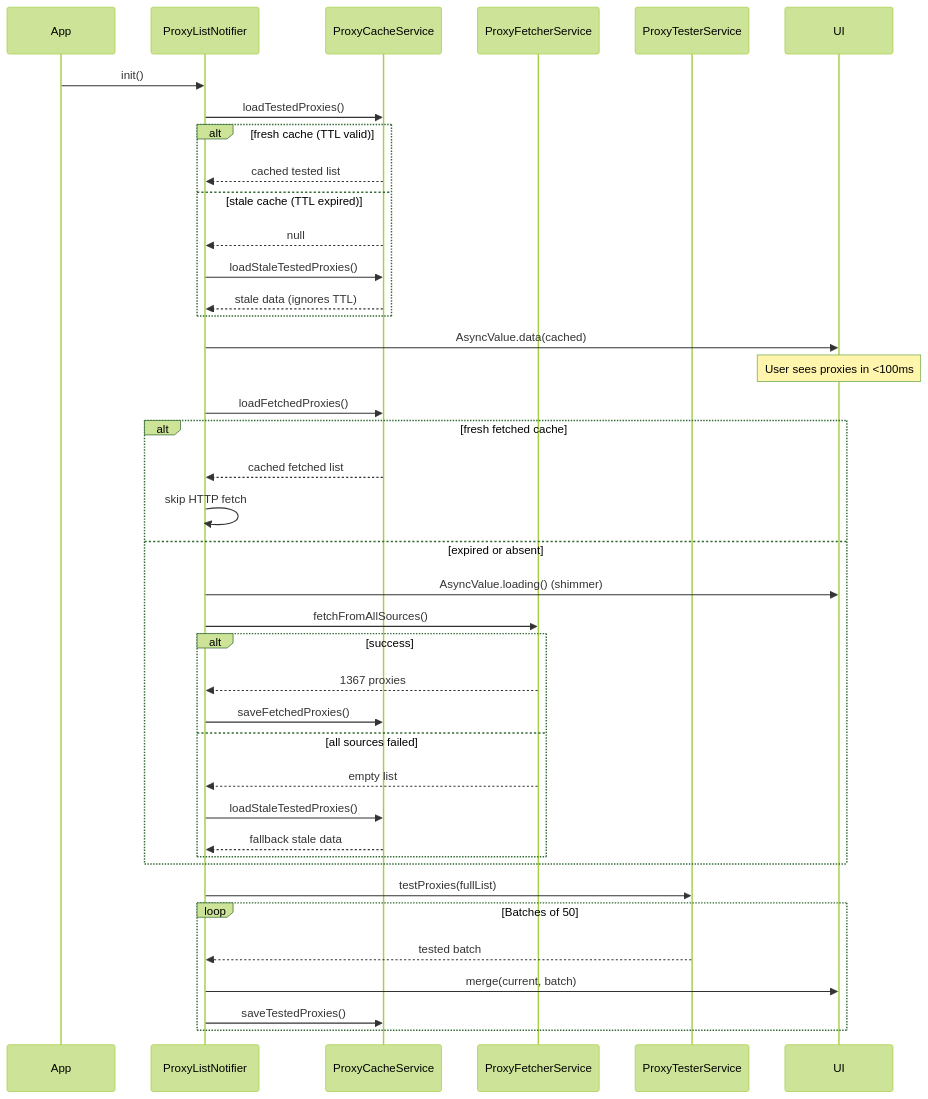
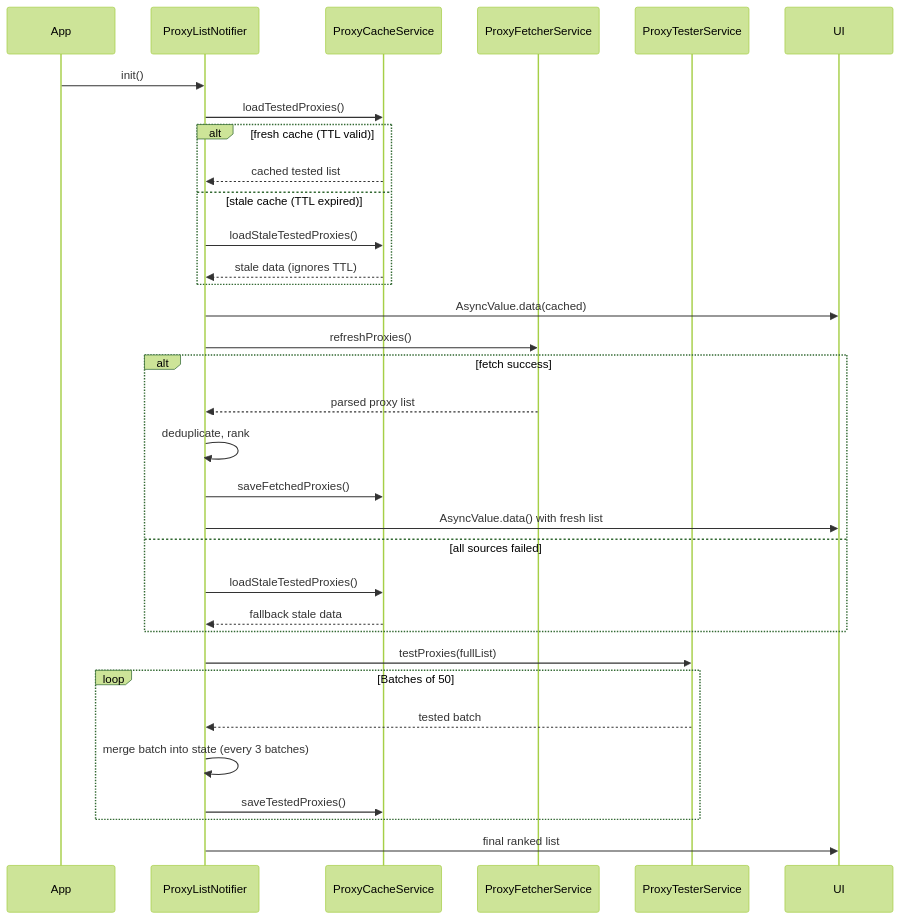
The first of 3 diagrams in ARCHITECTURE.md (krsnaSuraj/TelePulse), drawn with Mermaid (forest theme) before and after one commit. The commit also changed other lines of this file and 3 other files, not shown here.

Commit message:
docs: add LICENSE, fix ios:false, sync ARCHITECTURE.md/README.md to current state

````diff
--- a/ARCHITECTURE.md
+++ b/ARCHITECTURE.md
@@ -94,46 +104,39 @@
 ```mermaid
 sequenceDiagram
     participant App
     participant N as ProxyListNotifier
     participant Cache as ProxyCacheService
     participant Fetcher as ProxyFetcherService
     participant Tester as ProxyTesterService
     participant UI
 
     App->>N: init()
     
     N->>Cache: loadTestedProxies()
     alt fresh cache (TTL valid)
         Cache-->>N: cached tested list
     else stale cache (TTL expired)
-        Cache-->>N: null
         N->>Cache: loadStaleTestedProxies()
         Cache-->>N: stale data (ignores TTL)
     end
     N->>UI: AsyncValue.data(cached)
-    Note over UI: User sees proxies in <100ms
     
-    N->>Cache: loadFetchedProxies()
-    alt fresh fetched cache
-        Cache-->>N: cached fetched list
-        N->>N: skip HTTP fetch
-    else expired or absent
-        N->>UI: AsyncValue.loading() (shimmer)
-        N->>Fetcher: fetchFromAllSources()
-        alt success
-            Fetcher-->>N: 1367 proxies
-            N->>Cache: saveFetchedProxies()
-        else all sources failed
-            Fetcher-->>N: empty list
-            N->>Cache: loadStaleTestedProxies()
-            Cache-->>N: fallback stale data
-        end
+    N->>Fetcher: refreshProxies()
+    alt fetch success
+        Fetcher-->>N: parsed proxy list
+        N->>N: deduplicate, rank
+        N->>Cache: saveFetchedProxies()
+        N->>UI: AsyncValue.data() with fresh list
+    else all sources failed
+        N->>Cache: loadStaleTestedProxies()
+        Cache-->>N: fallback stale data
     end
     
     N->>Tester: testProxies(fullList)
     loop Batches of 50
         Tester-->>N: tested batch
-        N->>UI: merge(current, batch)
+        N->>N: merge batch into state (every 3 batches)
         N->>Cache: saveTestedProxies()
     end
+    N->>UI: final ranked list
 ```
````
